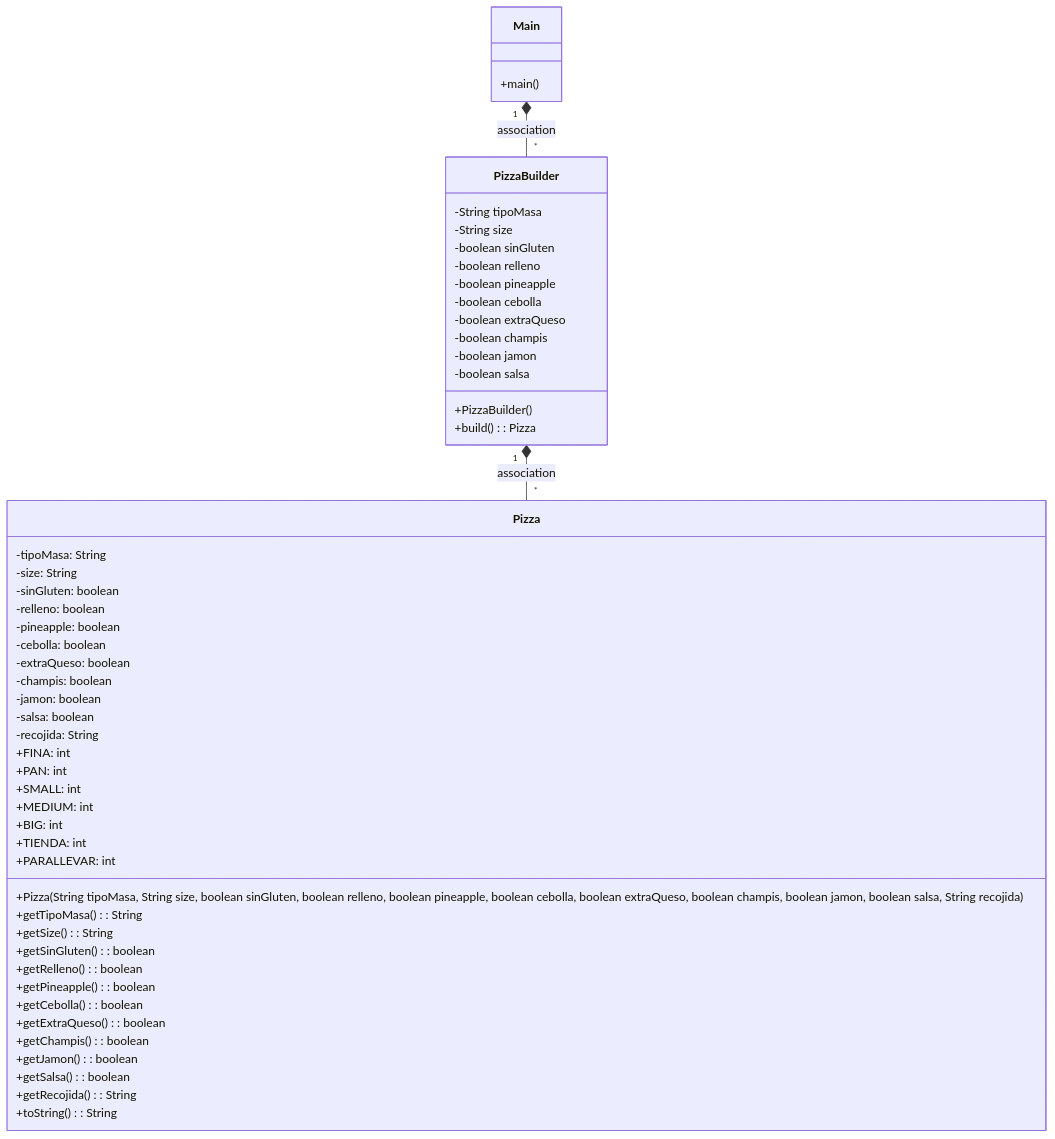
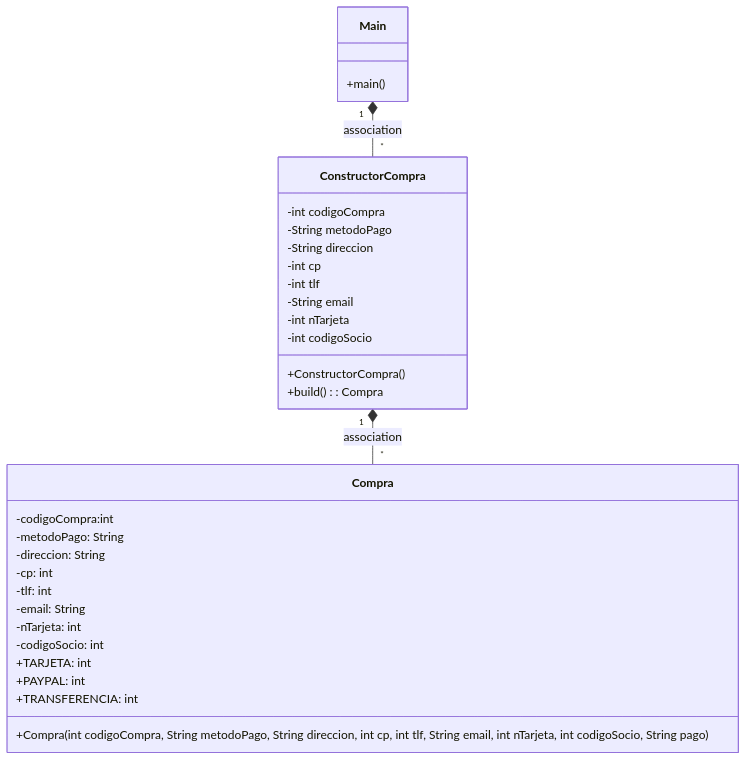
Before and after one commit to sram-daw/patron-builder: the diagram in README.md, drawn with Mermaid. The commit also changed other lines of this file, not shown here.

Commit message:
readme con preguntas examen

````diff
--- a/README.md
+++ b/README.md
@@ -42,60 +65,39 @@
 ```mermaid
 classDiagram
-      class Pizza {
-        -tipoMasa: String
-        -size: String 
-        -sinGluten: boolean 
-        -relleno: boolean 
-        -pineapple: boolean 
-        -cebolla: boolean 
-        -extraQueso: boolean 
-        -champis: boolean 
-        -jamon: boolean 
-        -salsa: boolean 
-        -recojida: String 
-        +FINA: int
-        +PAN: int
-        +SMALL: int
-        +MEDIUM: int
-        +BIG: int
-        +TIENDA: int
-        +PARALLEVAR: int
-        +Pizza(String tipoMasa, String size, boolean sinGluten, boolean relleno, boolean pineapple, boolean cebolla, boolean extraQueso, boolean champis, boolean jamon, boolean salsa, String recojida)
-        +getTipoMasa(): String
-        +getSize(): String
-        +getSinGluten(): boolean
-        +getRelleno(): boolean
-        +getPineapple(): boolean
-        +getCebolla(): boolean
-        +getExtraQueso(): boolean
-        +getChampis(): boolean
-        +getJamon(): boolean
-        +getSalsa(): boolean
-        +getRecojida(): String
-        +toString(): String
+      class Compra {
+        -codigoCompra:int
+        -metodoPago: String
+        -direccion: String 
+        -cp: int 
+        -tlf: int
+        -email: String
+        -nTarjeta: int 
+        -codigoSocio: int 
+        +TARJETA: int
+        +PAYPAL: int
+        +TRANSFERENCIA: int
+        +Compra(int codigoCompra, String metodoPago, String direccion, int cp, int tlf, String email, int nTarjeta, int codigoSocio, String pago)
       }
 
-      class PizzaBuilder {
-        -String tipoMasa
-        -String size
-        -boolean sinGluten
-        -boolean relleno
-        -boolean pineapple
-        -boolean cebolla
-        -boolean extraQueso
-        -boolean champis
-        -boolean jamon
-        -boolean salsa
-        +PizzaBuilder()
-        +build(): Pizza
+      class ConstructorCompra {
+        -int codigoCompra
+        -String metodoPago
+        -String direccion
+        -int cp
+        -int tlf
+        -String email
+        -int nTarjeta
+        -int codigoSocio
+        +ConstructorCompra()
+        +build(): Compra
       }
       
       class Main {
         +main()
       }
       
-      PizzaBuilder "1" *-- "*" Pizza : association
+      ConstructorCompra "1" *-- "*" Compra : association
       
-      Main "1" *-- "*" PizzaBuilder : association
+      Main "1" *-- "*" ConstructorCompra : association
 
 ```
````
